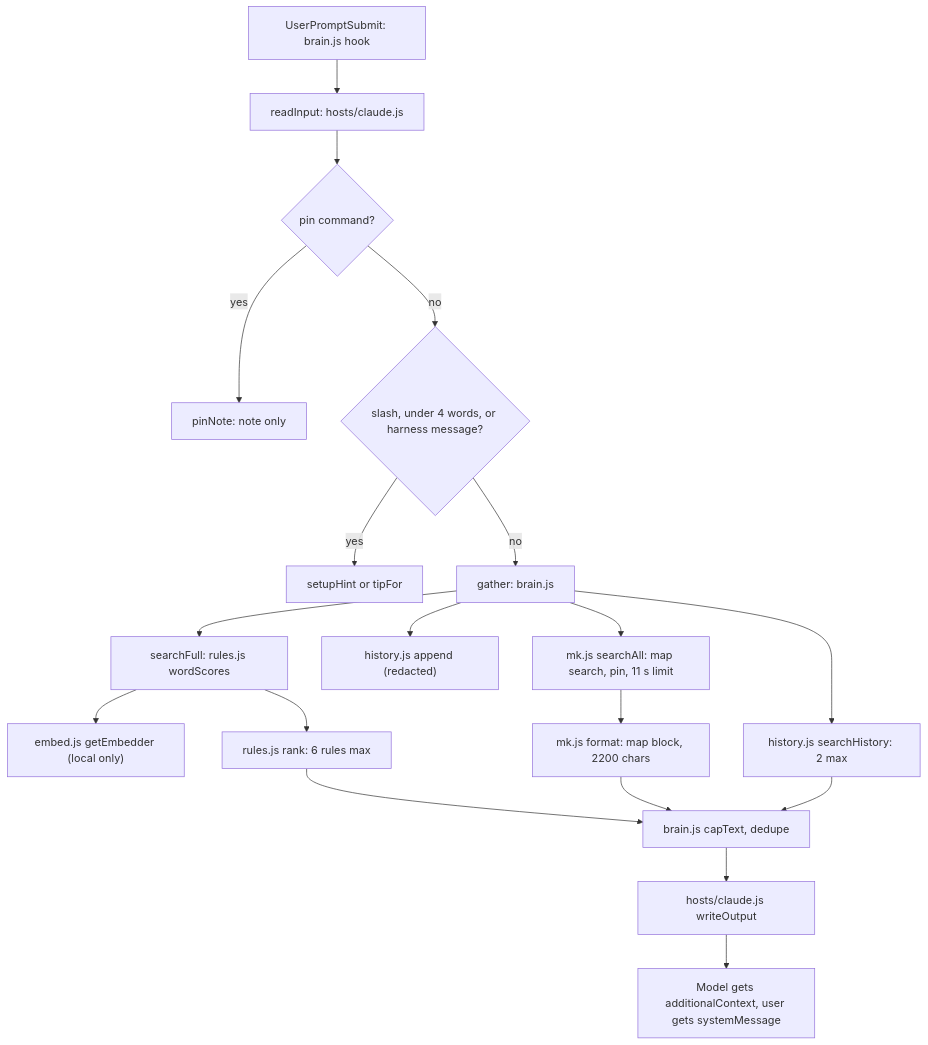
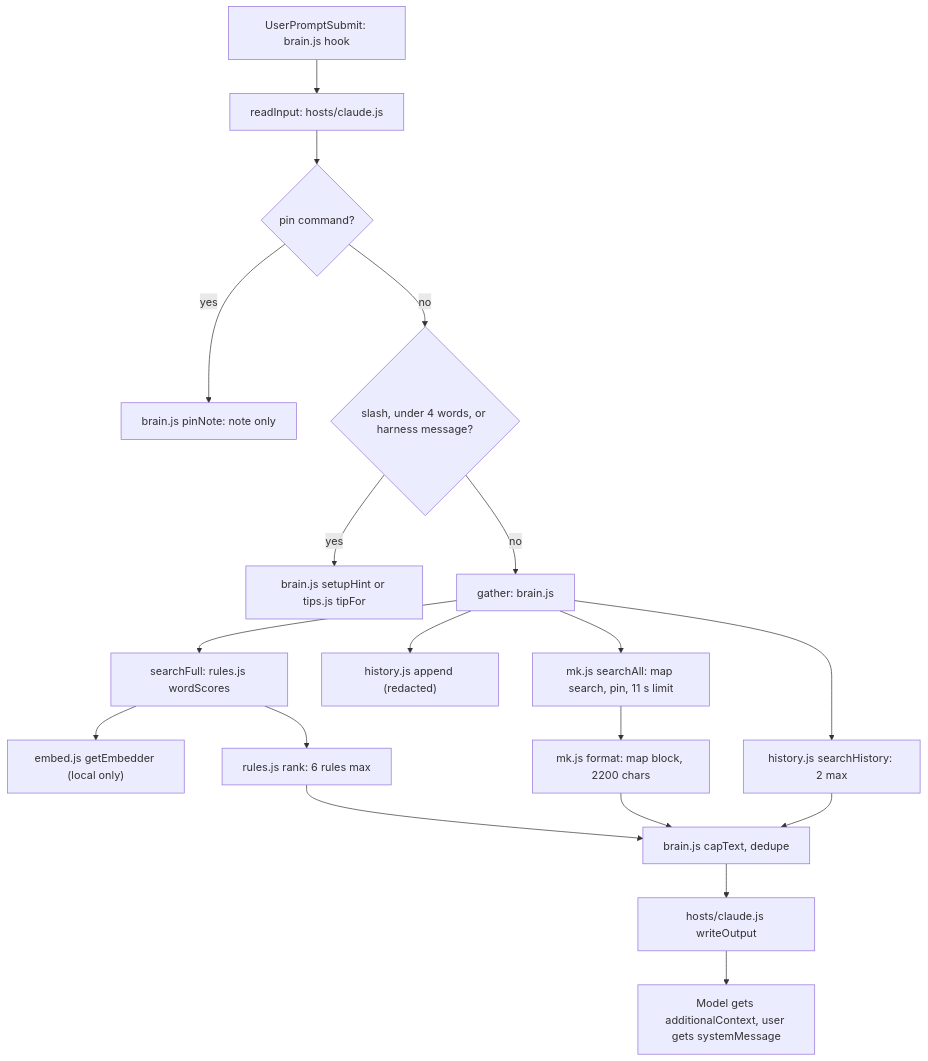
Before and after one commit to ThanhNVan/gabriel-plugin: the diagram in repo-docs/business/workflows/W01-one-prompt.md, drawn with Mermaid. The commit also changed other lines of this file and 12 other files, not shown here.

````diff
--- a/repo-docs/business/workflows/W01-one-prompt.md
+++ b/repo-docs/business/workflows/W01-one-prompt.md
@@ -22,21 +26,21 @@
 ```mermaid
 flowchart TD
   A["UserPromptSubmit: brain.js hook"] --> B["readInput: hosts/claude.js"]
   B --> P{"pin command?"}
-  P -- yes --> Q["pinNote: note only"]
+  P -- yes --> Q["brain.js pinNote: note only"]
   P -- no --> C{"slash, under 4 words, or harness message?"}
-  C -- yes --> H["setupHint or tipFor"]
+  C -- yes --> H["brain.js setupHint or tips.js tipFor"]
   C -- no --> D["gather: brain.js"]
   D --> E["searchFull: rules.js wordScores"]
   E --> F["embed.js getEmbedder (local only)"]
   D --> G["history.js append (redacted)"]
   E --> I["rules.js rank: 6 rules max"]
   D --> J["mk.js searchAll: map search, pin, 11 s limit"]
   J --> K["mk.js format: map block, 2200 chars"]
   D --> L["history.js searchHistory: 2 max"]
   I --> M["brain.js capText, dedupe"]
   K --> M
   L --> M
   M --> N["hosts/claude.js writeOutput"]
   N --> O["Model gets additionalContext, user gets systemMessage"]
 ```
````
